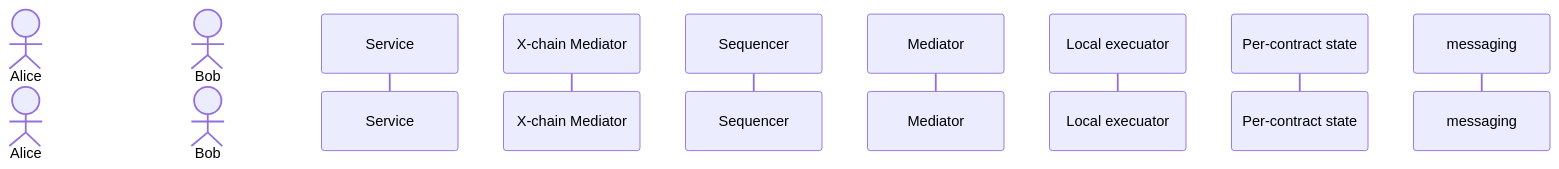
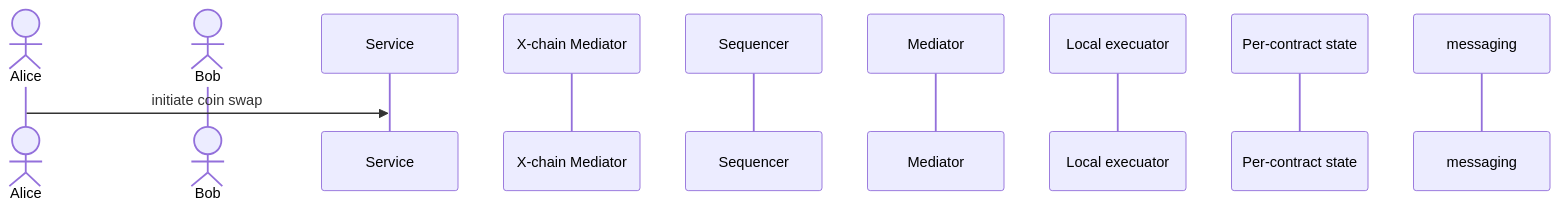
One commit to PDXbaap/design changed the diagram in finance_architecture.md. Above: the diagram before and after it, drawn with Mermaid.

Commit message:
Add coin swap initiation to architecture diagram
Added a new interaction for initiating a coin swap.

````diff
--- a/finance_architecture.md
+++ b/finance_architecture.md
@@ -29,14 +29,15 @@
 ```mermaid
 sequenceDiagram
 actor Alice
 actor Bob
 participant Service
 participant X-chain Mediator
 participant Sequencer
 participant Mediator
 participant Local execuator
 participant Per-contract state
 participant messaging
 
+Alice ->> Service: initiate coin swap
  
 ```
````
